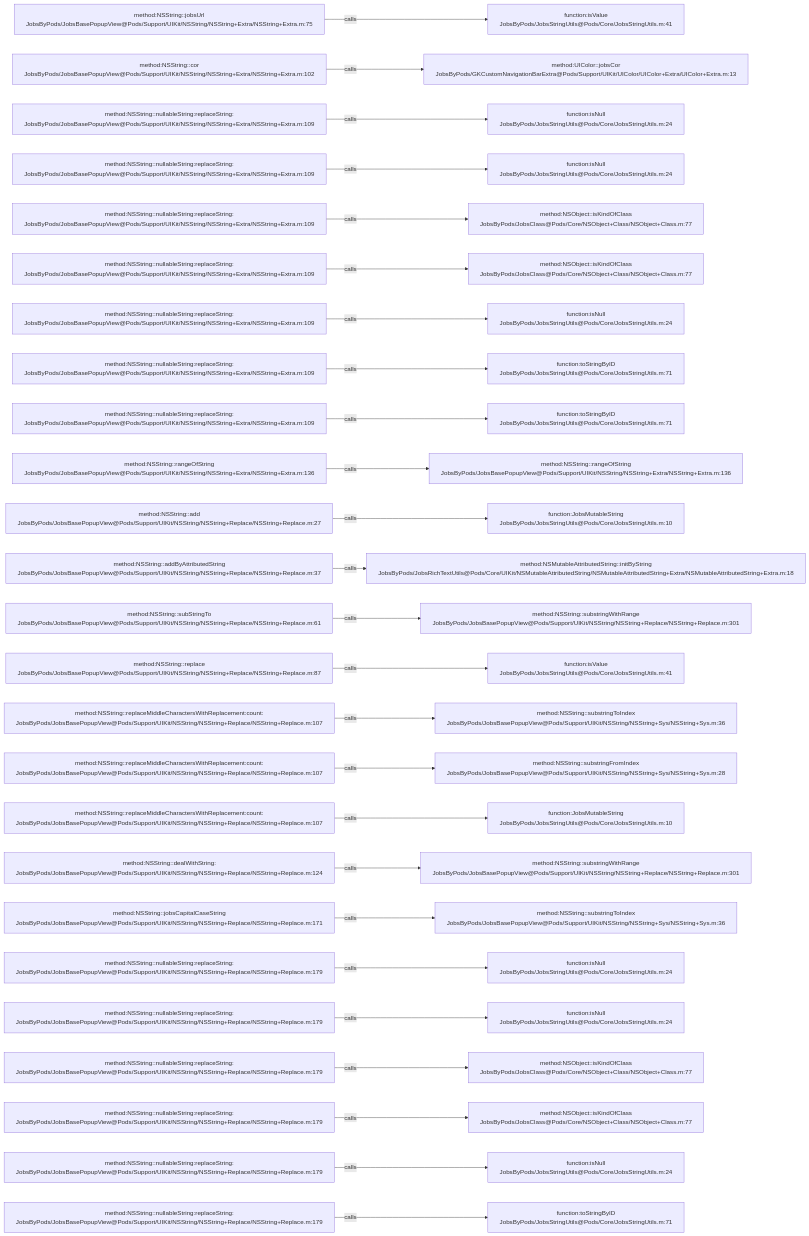
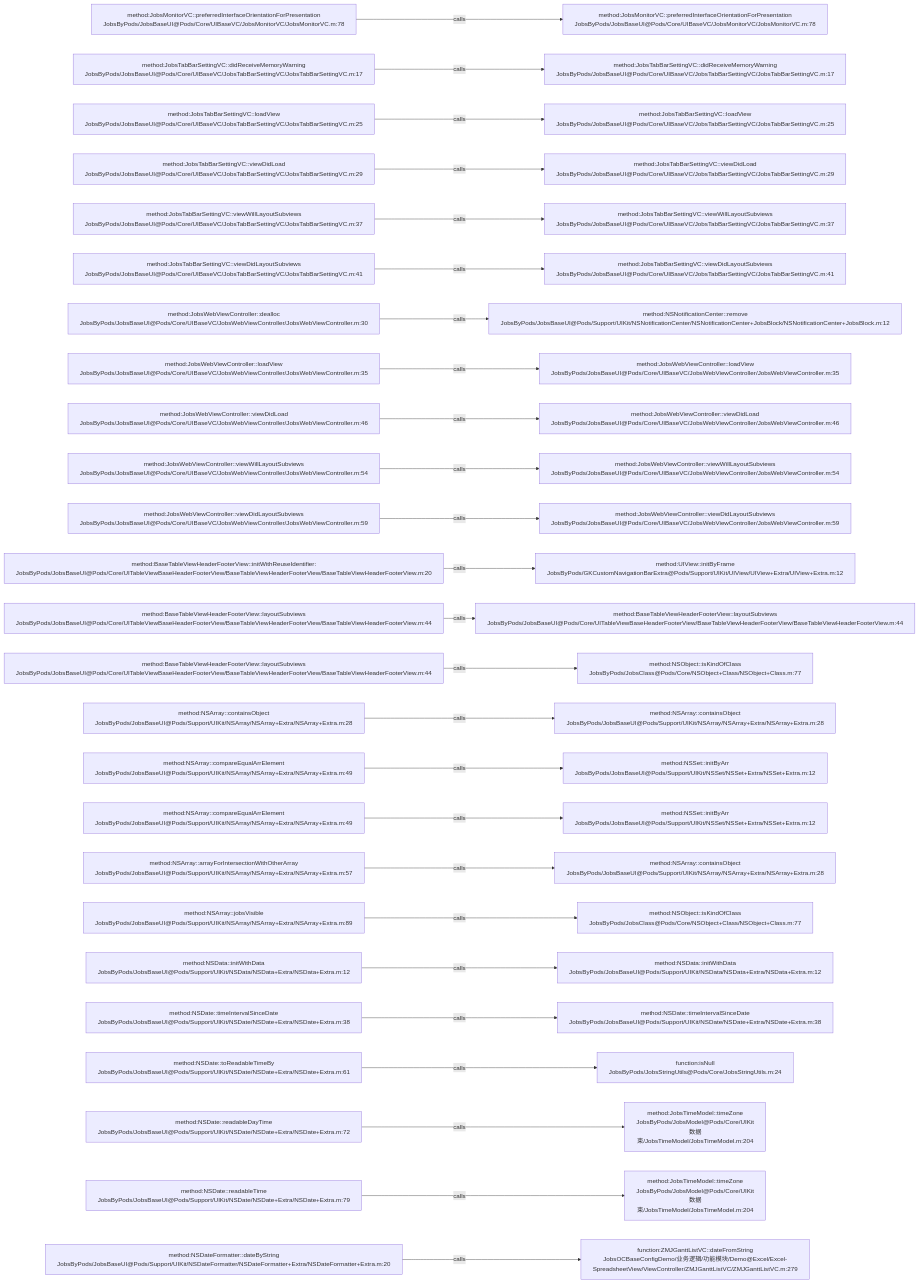
The diagram in .codegraph/codegraph.md/graphs/calls-020.md (JobsKits/JobsOCBaseConfigDemo), drawn with Mermaid before and after one commit. The commit also changed 573 other files, not shown here.

````diff
--- a/.codegraph/codegraph.md/graphs/calls-020.md
+++ b/.codegraph/codegraph.md/graphs/calls-020.md
@@ -13,78 +13,78 @@
 ```mermaid
 flowchart LR
-  S1["method:NSString::jobsUrl<br/>JobsByPods/JobsBasePopupView@Pods/Support/UIKit/NSString/NSString+Extra/NSString+Extra.m:75"]
-  T1["function:isValue<br/>JobsByPods/JobsStringUtils@Pods/Core/JobsStringUtils.m:41"]
+  S1["method:JobsMonitorVC::preferredInterfaceOrientationForPresentation<br/>JobsByPods/JobsBaseUI@Pods/Core/UIBaseVC/JobsMonitorVC/JobsMonitorVC.m:78"]
+  T1["method:JobsMonitorVC::preferredInterfaceOrientationForPresentation<br/>JobsByPods/JobsBaseUI@Pods/Core/UIBaseVC/JobsMonitorVC/JobsMonitorVC.m:78"]
   S1 -->|calls| T1
-  S2["method:NSString::cor<br/>JobsByPods/JobsBasePopupView@Pods/Support/UIKit/NSString/NSString+Extra/NSString+Extra.m:102"]
-  T2["method:UIColor::jobsCor<br/>JobsByPods/GKCustomNavigationBarExtra@Pods/Support/UIKit/UIColor/UIColor+Extra/UIColor+Extra.m:13"]
+  S2["method:JobsTabBarSettingVC::didReceiveMemoryWarning<br/>JobsByPods/JobsBaseUI@Pods/Core/UIBaseVC/JobsTabBarSettingVC/JobsTabBarSettingVC.m:17"]
+  T2["method:JobsTabBarSettingVC::didReceiveMemoryWarning<br/>JobsByPods/JobsBaseUI@Pods/Core/UIBaseVC/JobsTabBarSettingVC/JobsTabBarSettingVC.m:17"]
   S2 -->|calls| T2
-  S3["method:NSString::nullableString:replaceString:<br/>JobsByPods/JobsBasePopupView@Pods/Support/UIKit/NSString/NSString+Extra/NSString+Extra.m:109"]
-  T3["function:isNull<br/>JobsByPods/JobsStringUtils@Pods/Core/JobsStringUtils.m:24"]
+  S3["method:JobsTabBarSettingVC::loadView<br/>JobsByPods/JobsBaseUI@Pods/Core/UIBaseVC/JobsTabBarSettingVC/JobsTabBarSettingVC.m:25"]
+  T3["method:JobsTabBarSettingVC::loadView<br/>JobsByPods/JobsBaseUI@Pods/Core/UIBaseVC/JobsTabBarSettingVC/JobsTabBarSettingVC.m:25"]
   S3 -->|calls| T3
-  S4["method:NSString::nullableString:replaceString:<br/>JobsByPods/JobsBasePopupView@Pods/Support/UIKit/NSString/NSString+Extra/NSString+Extra.m:109"]
-  T4["function:isNull<br/>JobsByPods/JobsStringUtils@Pods/Core/JobsStringUtils.m:24"]
+  S4["method:JobsTabBarSettingVC::viewDidLoad<br/>JobsByPods/JobsBaseUI@Pods/Core/UIBaseVC/JobsTabBarSettingVC/JobsTabBarSettingVC.m:29"]
+  T4["method:JobsTabBarSettingVC::viewDidLoad<br/>JobsByPods/JobsBaseUI@Pods/Core/UIBaseVC/JobsTabBarSettingVC/JobsTabBarSettingVC.m:29"]
   S4 -->|calls| T4
-  S5["method:NSString::nullableString:replaceString:<br/>JobsByPods/JobsBasePopupView@Pods/Support/UIKit/NSString/NSString+Extra/NSString+Extra.m:109"]
-  T5["method:NSObject::isKindOfClass<br/>JobsByPods/JobsClass@Pods/Core/NSObject+Class/NSObject+Class.m:77"]
+  S5["method:JobsTabBarSettingVC::viewWillLayoutSubviews<br/>JobsByPods/JobsBaseUI@Pods/Core/UIBaseVC/JobsTabBarSettingVC/JobsTabBarSettingVC.m:37"]
+  T5["method:JobsTabBarSettingVC::viewWillLayoutSubviews<br/>JobsByPods/JobsBaseUI@Pods/Core/UIBaseVC/JobsTabBarSettingVC/JobsTabBarSettingVC.m:37"]
   S5 -->|calls| T5
-  S6["method:NSString::nullableString:replaceString:<br/>JobsByPods/JobsBasePopupView@Pods/Support/UIKit/NSString/NSString+Extra/NSString+Extra.m:109"]
-  T6["method:NSObject::isKindOfClass<br/>JobsByPods/JobsClass@Pods/Core/NSObject+Class/NSObject+Class.m:77"]
+  S6["method:JobsTabBarSettingVC::viewDidLayoutSubviews<br/>JobsByPods/JobsBaseUI@Pods/Core/UIBaseVC/JobsTabBarSettingVC/JobsTabBarSettingVC.m:41"]
+  T6["method:JobsTabBarSettingVC::viewDidLayoutSubviews<br/>JobsByPods/JobsBaseUI@Pods/Core/UIBaseVC/JobsTabBarSettingVC/JobsTabBarSettingVC.m:41"]
   S6 -->|calls| T6
-  S7["method:NSString::nullableString:replaceString:<br/>JobsByPods/JobsBasePopupView@Pods/Support/UIKit/NSString/NSString+Extra/NSString+Extra.m:109"]
-  T7["function:isNull<br/>JobsByPods/JobsStringUtils@Pods/Core/JobsStringUtils.m:24"]
+  S7["method:JobsWebViewController::dealloc<br/>JobsByPods/JobsBaseUI@Pods/Core/UIBaseVC/JobsWebViewController/JobsWebViewController.m:30"]
+  T7["method:NSNotificationCenter::remove<br/>JobsByPods/JobsBaseUI@Pods/Support/UIKit/NSNotificationCenter/NSNotificationCenter+JobsBlock/NSNotificationCenter+JobsBlock.m:12"]
   S7 -->|calls| T7
-  S8["method:NSString::nullableString:replaceString:<br/>JobsByPods/JobsBasePopupView@Pods/Support/UIKit/NSString/NSString+Extra/NSString+Extra.m:109"]
-  T8["function:toStringByID<br/>JobsByPods/JobsStringUtils@Pods/Core/JobsStringUtils.m:71"]
+  S8["method:JobsWebViewController::loadView<br/>JobsByPods/JobsBaseUI@Pods/Core/UIBaseVC/JobsWebViewController/JobsWebViewController.m:35"]
+  T8["method:JobsWebViewController::loadView<br/>JobsByPods/JobsBaseUI@Pods/Core/UIBaseVC/JobsWebViewController/JobsWebViewController.m:35"]
   S8 -->|calls| T8
-  S9["method:NSString::nullableString:replaceString:<br/>JobsByPods/JobsBasePopupView@Pods/Support/UIKit/NSString/NSString+Extra/NSString+Extra.m:109"]
-  T9["function:toStringByID<br/>JobsByPods/JobsStringUtils@Pods/Core/JobsStringUtils.m:71"]
+  S9["method:JobsWebViewController::viewDidLoad<br/>JobsByPods/JobsBaseUI@Pods/Core/UIBaseVC/JobsWebViewController/JobsWebViewController.m:46"]
+  T9["method:JobsWebViewController::viewDidLoad<br/>JobsByPods/JobsBaseUI@Pods/Core/UIBaseVC/JobsWebViewController/JobsWebViewController.m:46"]
   S9 -->|calls| T9
-  S10["method:NSString::rangeOfString<br/>JobsByPods/JobsBasePopupView@Pods/Support/UIKit/NSString/NSString+Extra/NSString+Extra.m:136"]
-  T10["method:NSString::rangeOfString<br/>JobsByPods/JobsBasePopupView@Pods/Support/UIKit/NSString/NSString+Extra/NSString+Extra.m:136"]
+  S10["method:JobsWebViewController::viewWillLayoutSubviews<br/>JobsByPods/JobsBaseUI@Pods/Core/UIBaseVC/JobsWebViewController/JobsWebViewController.m:54"]
+  T10["method:JobsWebViewController::viewWillLayoutSubviews<br/>JobsByPods/JobsBaseUI@Pods/Core/UIBaseVC/JobsWebViewController/JobsWebViewController.m:54"]
   S10 -->|calls| T10
-  S11["method:NSString::add<br/>JobsByPods/JobsBasePopupView@Pods/Support/UIKit/NSString/NSString+Replace/NSString+Replace.m:27"]
-  T11["function:JobsMutableString<br/>JobsByPods/JobsStringUtils@Pods/Core/JobsStringUtils.m:10"]
+  S11["method:JobsWebViewController::viewDidLayoutSubviews<br/>JobsByPods/JobsBaseUI@Pods/Core/UIBaseVC/JobsWebViewController/JobsWebViewController.m:59"]
+  T11["method:JobsWebViewController::viewDidLayoutSubviews<br/>JobsByPods/JobsBaseUI@Pods/Core/UIBaseVC/JobsWebViewController/JobsWebViewController.m:59"]
   S11 -->|calls| T11
-  S12["method:NSString::addByAttributedString<br/>JobsByPods/JobsBasePopupView@Pods/Support/UIKit/NSString/NSString+Replace/NSString+Replace.m:37"]
-  T12["method:NSMutableAttributedString::initByString<br/>JobsByPods/JobsRichTextUtils@Pods/Core/UIKit/NSMutableAttributedString/NSMutableAttributedString+Extra/NSMutableAttributedString+Extra.m:18"]
+  S12["method:BaseTableViewHeaderFooterView::initWithReuseIdentifier:<br/>JobsByPods/JobsBaseUI@Pods/Core/UITableViewBaseHeaderFooterView/BaseTableViewHeaderFooterView/BaseTableViewHeaderFooterView.m:20"]
+  T12["method:UIView::initByFrame<br/>JobsByPods/GKCustomNavigationBarExtra@Pods/Support/UIKit/UIView/UIView+Extra/UIView+Extra.m:12"]
   S12 -->|calls| T12
-  S13["method:NSString::subStringTo<br/>JobsByPods/JobsBasePopupView@Pods/Support/UIKit/NSString/NSString+Replace/NSString+Replace.m:61"]
-  T13["method:NSString::substringWithRange<br/>JobsByPods/JobsBasePopupView@Pods/Support/UIKit/NSString/NSString+Replace/NSString+Replace.m:301"]
+  S13["method:BaseTableViewHeaderFooterView::layoutSubviews<br/>JobsByPods/JobsBaseUI@Pods/Core/UITableViewBaseHeaderFooterView/BaseTableViewHeaderFooterView/BaseTableViewHeaderFooterView.m:44"]
+  T13["method:BaseTableViewHeaderFooterView::layoutSubviews<br/>JobsByPods/JobsBaseUI@Pods/Core/UITableViewBaseHeaderFooterView/BaseTableViewHeaderFooterView/BaseTableViewHeaderFooterView.m:44"]
   S13 -->|calls| T13
-  S14["method:NSString::replace<br/>JobsByPods/JobsBasePopupView@Pods/Support/UIKit/NSString/NSString+Replace/NSString+Replace.m:87"]
-  T14["function:isValue<br/>JobsByPods/JobsStringUtils@Pods/Core/JobsStringUtils.m:41"]
+  S14["method:BaseTableViewHeaderFooterView::layoutSubviews<br/>JobsByPods/JobsBaseUI@Pods/Core/UITableViewBaseHeaderFooterView/BaseTableViewHeaderFooterView/BaseTableViewHeaderFooterView.m:44"]
+  T14["method:NSObject::isKindOfClass<br/>JobsByPods/JobsClass@Pods/Core/NSObject+Class/NSObject+Class.m:77"]
   S14 -->|calls| T14
-  S15["method:NSString::replaceMiddleCharactersWithReplacement:count:<br/>JobsByPods/JobsBasePopupView@Pods/Support/UIKit/NSString/NSString+Replace/NSString+Replace.m:107"]
-  T15["method:NSString::substringToIndex<br/>JobsByPods/JobsBasePopupView@Pods/Support/UIKit/NSString/NSString+Sys/NSString+Sys.m:36"]
+  S15["method:NSArray::containsObject<br/>JobsByPods/JobsBaseUI@Pods/Support/UIKit/NSArray/NSArray+Extra/NSArray+Extra.m:28"]
+  T15["method:NSArray::containsObject<br/>JobsByPods/JobsBaseUI@Pods/Support/UIKit/NSArray/NSArray+Extra/NSArray+Extra.m:28"]
   S15 -->|calls| T15
-  S16["method:NSString::replaceMiddleCharactersWithReplacement:count:<br/>JobsByPods/JobsBasePopupView@Pods/Support/UIKit/NSString/NSString+Replace/NSString+Replace.m:107"]
-  T16["method:NSString::substringFromIndex<br/>JobsByPods/JobsBasePopupView@Pods/Support/UIKit/NSString/NSString+Sys/NSString+Sys.m:28"]
+  S16["method:NSArray::compareEqualArrElement<br/>JobsByPods/JobsBaseUI@Pods/Support/UIKit/NSArray/NSArray+Extra/NSArray+Extra.m:49"]
+  T16["method:NSSet::initByArr<br/>JobsByPods/JobsBaseUI@Pods/Support/UIKit/NSSet/NSSet+Extra/NSSet+Extra.m:12"]
   S16 -->|calls| T16
-  S17["method:NSString::replaceMiddleCharactersWithReplacement:count:<br/>JobsByPods/JobsBasePopupView@Pods/Support/UIKit/NSString/NSString+Replace/NSString+Replace.m:107"]
-  T17["function:JobsMutableString<br/>JobsByPods/JobsStringUtils@Pods/Core/JobsStringUtils.m:10"]
+  S17["method:NSArray::compareEqualArrElement<br/>JobsByPods/JobsBaseUI@Pods/Support/UIKit/NSArray/NSArray+Extra/NSArray+Extra.m:49"]
+  T17["method:NSSet::initByArr<br/>JobsByPods/JobsBaseUI@Pods/Support/UIKit/NSSet/NSSet+Extra/NSSet+Extra.m:12"]
   S17 -->|calls| T17
-  S18["method:NSString::dealWithString:<br/>JobsByPods/JobsBasePopupView@Pods/Support/UIKit/NSString/NSString+Replace/NSString+Replace.m:124"]
-  T18["method:NSString::substringWithRange<br/>JobsByPods/JobsBasePopupView@Pods/Support/UIKit/NSString/NSString+Replace/NSString+Replace.m:301"]
+  S18["method:NSArray::arrayForIntersectionWithOtherArray<br/>JobsByPods/JobsBaseUI@Pods/Support/UIKit/NSArray/NSArray+Extra/NSArray+Extra.m:57"]
+  T18["method:NSArray::containsObject<br/>JobsByPods/JobsBaseUI@Pods/Support/UIKit/NSArray/NSArray+Extra/NSArray+Extra.m:28"]
   S18 -->|calls| T18
-  S19["method:NSString::jobsCapitalCaseString<br/>JobsByPods/JobsBasePopupView@Pods/Support/UIKit/NSString/NSString+Replace/NSString+Replace.m:171"]
-  T19["method:NSString::substringToIndex<br/>JobsByPods/JobsBasePopupView@Pods/Support/UIKit/NSString/NSString+Sys/NSString+Sys.m:36"]
+  S19["method:NSArray::jobsVisible<br/>JobsByPods/JobsBaseUI@Pods/Support/UIKit/NSArray/NSArray+Extra/NSArray+Extra.m:89"]
+  T19["method:NSObject::isKindOfClass<br/>JobsByPods/JobsClass@Pods/Core/NSObject+Class/NSObject+Class.m:77"]
   S19 -->|calls| T19
-  S20["method:NSString::nullableString:replaceString:<br/>JobsByPods/JobsBasePopupView@Pods/Support/UIKit/NSString/NSString+Replace/NSString+Replace.m:179"]
-  T20["function:isNull<br/>JobsByPods/JobsStringUtils@Pods/Core/JobsStringUtils.m:24"]
+  S20["method:NSData::initWithData<br/>JobsByPods/JobsBaseUI@Pods/Support/UIKit/NSData/NSData+Extra/NSData+Extra.m:12"]
+  T20["method:NSData::initWithData<br/>JobsByPods/JobsBaseUI@Pods/Support/UIKit/NSData/NSData+Extra/NSData+Extra.m:12"]
   S20 -->|calls| T20
-  S21["method:NSString::nullableString:replaceString:<br/>JobsByPods/JobsBasePopupView@Pods/Support/UIKit/NSString/NSString+Replace/NSString+Replace.m:179"]
-  T21["function:isNull<br/>JobsByPods/JobsStringUtils@Pods/Core/JobsStringUtils.m:24"]
+  S21["method:NSDate::timeIntervalSinceDate<br/>JobsByPods/JobsBaseUI@Pods/Support/UIKit/NSDate/NSDate+Extra/NSDate+Extra.m:38"]
+  T21["method:NSDate::timeIntervalSinceDate<br/>JobsByPods/JobsBaseUI@Pods/Support/UIKit/NSDate/NSDate+Extra/NSDate+Extra.m:38"]
   S21 -->|calls| T21
-  S22["method:NSString::nullableString:replaceString:<br/>JobsByPods/JobsBasePopupView@Pods/Support/UIKit/NSString/NSString+Replace/NSString+Replace.m:179"]
-  T22["method:NSObject::isKindOfClass<br/>JobsByPods/JobsClass@Pods/Core/NSObject+Class/NSObject+Class.m:77"]
+  S22["method:NSDate::toReadableTimeBy<br/>JobsByPods/JobsBaseUI@Pods/Support/UIKit/NSDate/NSDate+Extra/NSDate+Extra.m:61"]
+  T22["function:isNull<br/>JobsByPods/JobsStringUtils@Pods/Core/JobsStringUtils.m:24"]
   S22 -->|calls| T22
-  S23["method:NSString::nullableString:replaceString:<br/>JobsByPods/JobsBasePopupView@Pods/Support/UIKit/NSString/NSString+Replace/NSString+Replace.m:179"]
-  T23["method:NSObject::isKindOfClass<br/>JobsByPods/JobsClass@Pods/Core/NSObject+Class/NSObject+Class.m:77"]
+  S23["method:NSDate::readableDayTime<br/>JobsByPods/JobsBaseUI@Pods/Support/UIKit/NSDate/NSDate+Extra/NSDate+Extra.m:72"]
+  T23["method:JobsTimeModel::timeZone<br/>JobsByPods/JobsModel@Pods/Core/UIKit数据束/JobsTimeModel/JobsTimeModel.m:204"]
   S23 -->|calls| T23
-  S24["method:NSString::nullableString:replaceString:<br/>JobsByPods/JobsBasePopupView@Pods/Support/UIKit/NSString/NSString+Replace/NSString+Replace.m:179"]
-  T24["function:isNull<br/>JobsByPods/JobsStringUtils@Pods/Core/JobsStringUtils.m:24"]
+  S24["method:NSDate::readableTime<br/>JobsByPods/JobsBaseUI@Pods/Support/UIKit/NSDate/NSDate+Extra/NSDate+Extra.m:79"]
+  T24["method:JobsTimeModel::timeZone<br/>JobsByPods/JobsModel@Pods/Core/UIKit数据束/JobsTimeModel/JobsTimeModel.m:204"]
   S24 -->|calls| T24
-  S25["method:NSString::nullableString:replaceString:<br/>JobsByPods/JobsBasePopupView@Pods/Support/UIKit/NSString/NSString+Replace/NSString+Replace.m:179"]
-  T25["function:toStringByID<br/>JobsByPods/JobsStringUtils@Pods/Core/JobsStringUtils.m:71"]
+  S25["method:NSDateFormatter::dateByString<br/>JobsByPods/JobsBaseUI@Pods/Support/UIKit/NSDateFormatter/NSDateFormatter+Extra/NSDateFormatter+Extra.m:20"]
+  T25["function:ZMJGanttListVC::dateFromString<br/>JobsOCBaseConfigDemo/业务逻辑/功能模块/Demo@Excel/Excel-SpreadsheetView/ViewController/ZMJGanttListVC/ZMJGanttListVC.m:279"]
   S25 -->|calls| T25
 ```
````
